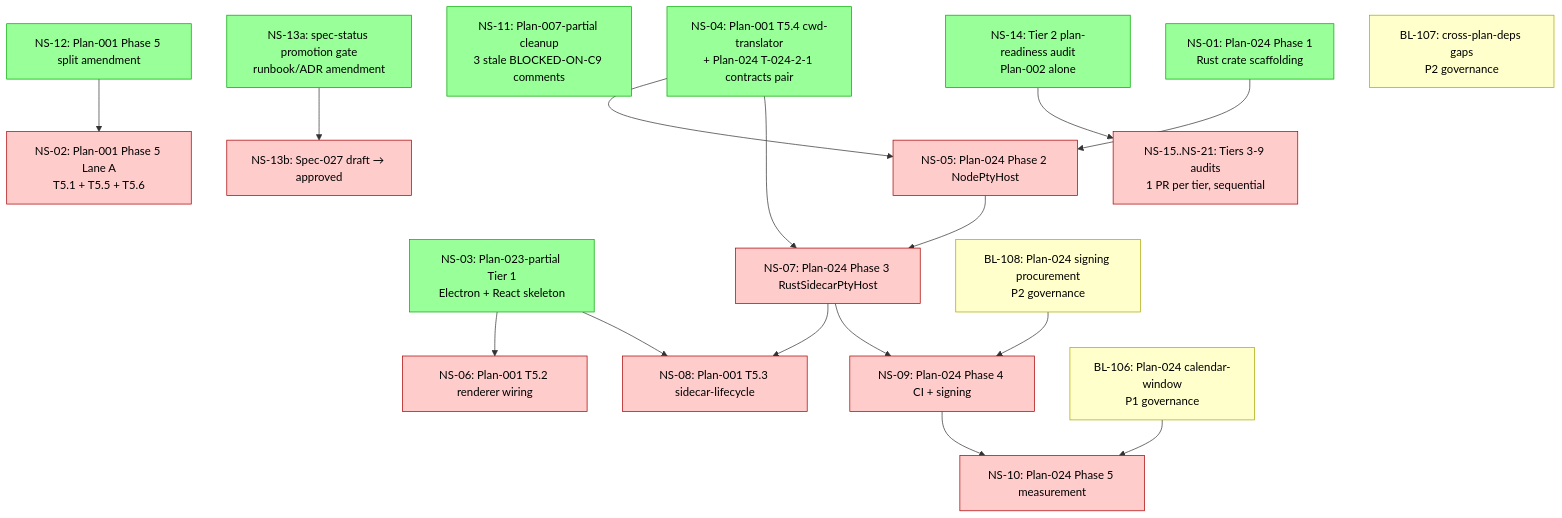
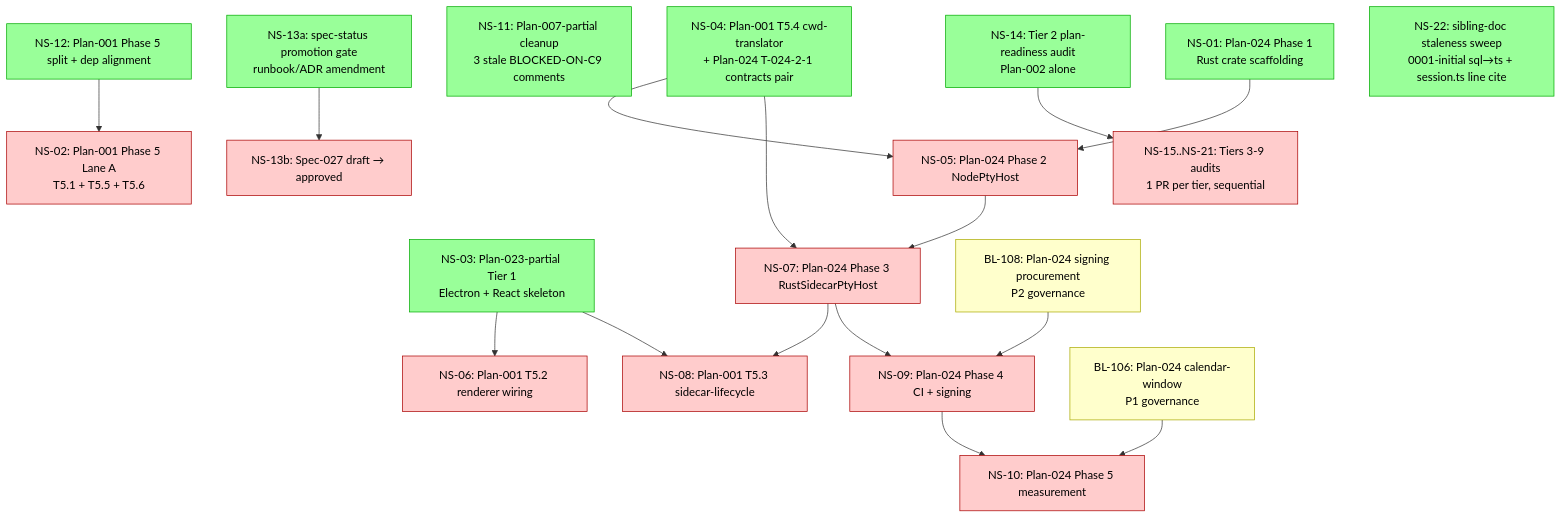
Before and after one commit to Sawmonabo/ai-sidekicks: the diagram in docs/architecture/cross-plan-dependencies.md, drawn with Mermaid. The commit also changed other lines of this file and 2 other files, not shown here.

````diff
--- a/docs/architecture/cross-plan-dependencies.md
+++ b/docs/architecture/cross-plan-dependencies.md
@@ -280,51 +282,51 @@
 ```mermaid
 graph TB
   %% READY (no upstream NS-XX blockers)
   NS01[NS-01: Plan-024 Phase 1<br/>Rust crate scaffolding]:::ready
   NS03[NS-03: Plan-023-partial Tier 1<br/>Electron + React skeleton]:::ready
   NS04[NS-04: Plan-001 T5.4 cwd-translator<br/>+ Plan-024 T-024-2-1 contracts pair]:::ready
   NS11[NS-11: Plan-007-partial cleanup<br/>3 stale BLOCKED-ON-C9 comments]:::ready
-  NS12[NS-12: Plan-001 Phase 5 split amendment]:::ready
+  NS12[NS-12: Plan-001 Phase 5 split + dep alignment]:::ready
   NS13a[NS-13a: spec-status promotion gate<br/>runbook/ADR amendment]:::ready
   NS14[NS-14: Tier 2 plan-readiness audit<br/>Plan-002 alone]:::ready
+  NS22[NS-22: sibling-doc staleness sweep<br/>0001-initial sql→ts + session.ts line cite]:::ready
 
   %% BLOCKED
   NS02[NS-02: Plan-001 Phase 5 Lane A<br/>T5.1 + T5.5 + T5.6]:::blocked
   NS05[NS-05: Plan-024 Phase 2 NodePtyHost]:::blocked
   NS06[NS-06: Plan-001 T5.2 renderer wiring]:::blocked
   NS07[NS-07: Plan-024 Phase 3 RustSidecarPtyHost]:::blocked
   NS08[NS-08: Plan-001 T5.3 sidecar-lifecycle]:::blocked
   NS09[NS-09: Plan-024 Phase 4 CI + signing]:::blocked
   NS10[NS-10: Plan-024 Phase 5 measurement]:::blocked
   NS13b[NS-13b: Spec-027 draft → approved]:::blocked
   NS15[NS-15..NS-21: Tiers 3-9 audits<br/>1 PR per tier, sequential]:::blocked
 
   %% EXISTING BACKLOG (governance)
   BL106[BL-106: Plan-024 calendar-window<br/>P1 governance]:::governance
-  BL107[BL-107: cross-plan-deps gaps<br/>P2 governance]:::governance
   BL108[BL-108: Plan-024 signing procurement<br/>P2 governance]:::governance
 
   %% Code track edges
   NS12 --> NS02
   NS01 --> NS05
   NS04 --> NS05
   NS04 --> NS07
   NS05 --> NS07
   NS03 --> NS06
   NS03 --> NS08
   NS07 --> NS08
   NS07 --> NS09
   BL108 --> NS09
   NS09 --> NS10
   BL106 --> NS10
 
   %% Governance chain
   NS13a --> NS13b
 
   %% Audit chain
   NS14 --> NS15
 
   classDef ready fill:#9f9,stroke:#0a0,color:#000
   classDef blocked fill:#fcc,stroke:#a00,color:#000
   classDef governance fill:#ffc,stroke:#aa0,color:#000
 ```
````
